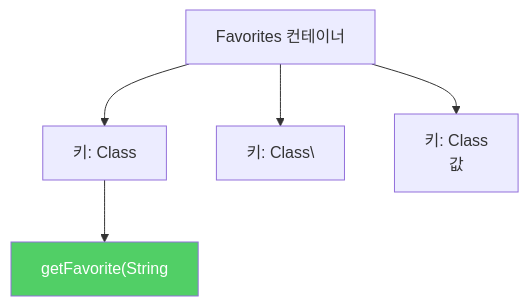
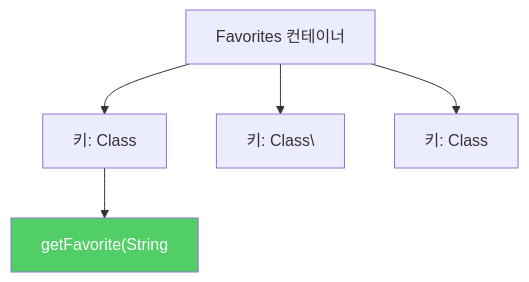
The first of 2 diagrams in _posts/java/2022-01-11-effective-java33.md (yjkim2015/yjkim2015.github.io), drawn with Mermaid before and after one commit. The commit also changed other lines of this file and 217 other files, not shown here.

First line of the commit message:
Mermaid 크기 수정: useMaxWidth:true + SVG max-width:100% + 라벨 축소

````diff
--- a/_posts/java/2022-01-11-effective-java33.md
+++ b/_posts/java/2022-01-11-effective-java33.md
@@ -53,8 +53,8 @@
 ```mermaid
 graph TD
-    A["Favorites 컨테이너"] --> B["키: Class<String>\n"]
+    A["Favorites 컨테이너"] --> B["키: Class<String>"]
     A --> C["키: Class<Integer>\"]
-    A --> D["키: Class<Class>\n값"]
+    A --> D["키: Class<Class>"]
     B --> E["getFavorite(String"]
     style E fill:#51cf66,color:#fff
 ```
````
